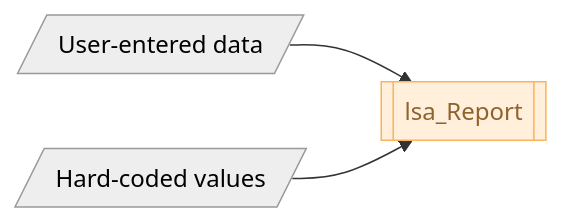
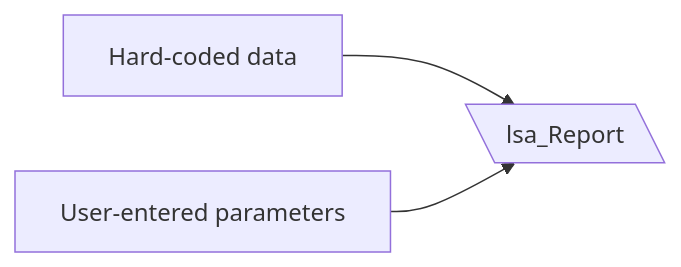
Before and after one commit to MollyMcEvilley/Matilda: the second of 5 diagrams in docs/03 - Core Concepts and Data Universe.md, drawn with Mermaid. The commit also changed other lines of this file and 1 other file, not shown here.

````diff
--- a/docs/03 - Core Concepts and Data Universe.md
+++ b/docs/03 - Core Concepts and Data Universe.md
@@ -57,15 +56,9 @@
 ``` mermaid
 flowchart LR 
-
-	B[/User-entered data/] & C[/Hard-coded values/] --> A[[lsa_Report]]
-
-    B:::Man
-    C:::Man
-    A:::LSA
-
-    classDef Temp stroke:#FF5978, fill:#FFDFE5, color:#8E2236
-	classDef LSA stroke:#FBB35A, fill:#FFEFDB, color:#8F632D 
-	classDef HMIS stroke:#374D7C, fill:#E2EBFF, color:#374D7C
-    classDef Man stroke:#999999, fill:#EEEEEE, color:#000000
+	A@{ shape: lean-l, label: "lsa_Report"}
+	B@{ label: "Hard-coded data"}
+	C@{ label: "User-entered parameters"}
+	
+	B & C --> A
 
 ```
````
